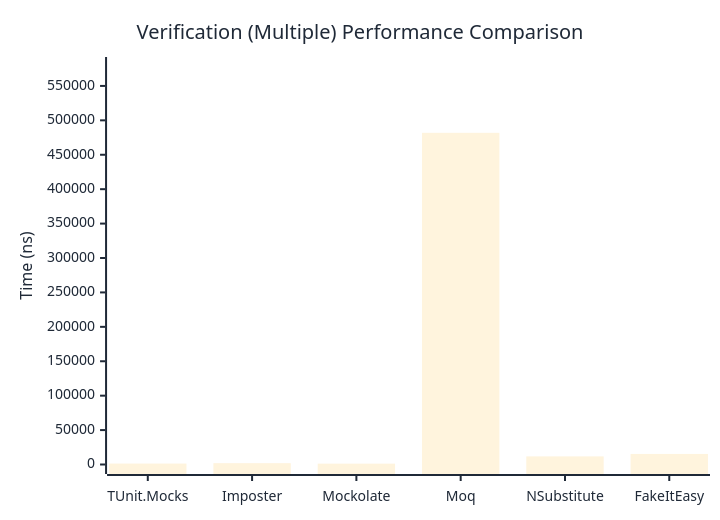
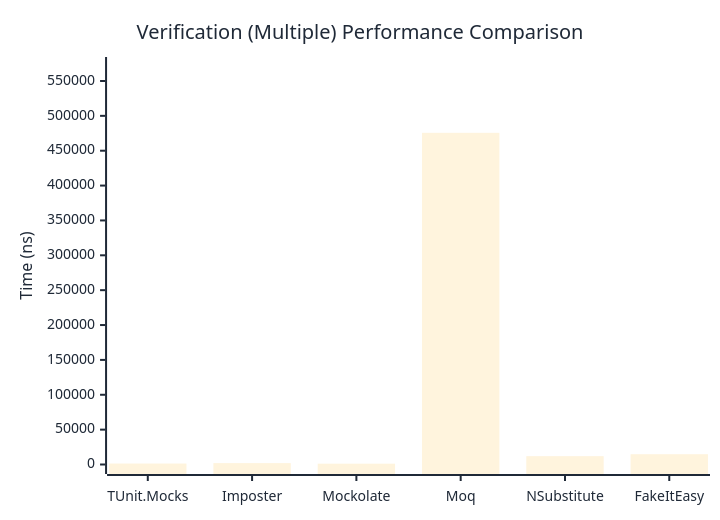
One commit to thomhurst/TUnit changed the third of 3 diagrams in docs/docs/benchmarks/mocks/Verification.md. Above: the diagram before and after it, drawn with Mermaid. The commit also changed other lines of this file and 14 other files, not shown here.

````diff
--- a/docs/docs/benchmarks/mocks/Verification.md
+++ b/docs/docs/benchmarks/mocks/Verification.md
@@ -112,27 +112,27 @@
 ```mermaid
 %%{init: {
   'theme':'base',
   'themeVariables': {
     'primaryColor': '#2563eb',
     'primaryTextColor': '#1f2937',
     'primaryBorderColor': '#1e40af',
     'lineColor': '#6b7280',
     'secondaryColor': '#7c3aed',
     'tertiaryColor': '#dc2626',
     'background': '#ffffff',
     'pie1': '#2563eb',
     'pie2': '#7c3aed',
     'pie3': '#dc2626',
     'pie4': '#f59e0b',
     'pie5': '#10b981',
     'pie6': '#06b6d4',
     'pie7': '#ec4899',
     'pie8': '#6366f1'
   }
 }}%%
 xychart-beta
   title "Verification (Multiple) Performance Comparison"
   x-axis ["TUnit.Mocks", "Imposter", "Mockolate", "Moq", "NSubstitute", "FakeItEasy"]
-  y-axis "Time (ns)" 0 --> 578221
-  bar [1369.78, 1946.82, 1224.99, 481850.05, 11776.22, 15344.78]
+  y-axis "Time (ns)" 0 --> 570760
+  bar [1385.2, 2005.28, 1187.08, 475632.96, 11960.08, 14727.81]
 ```
````
